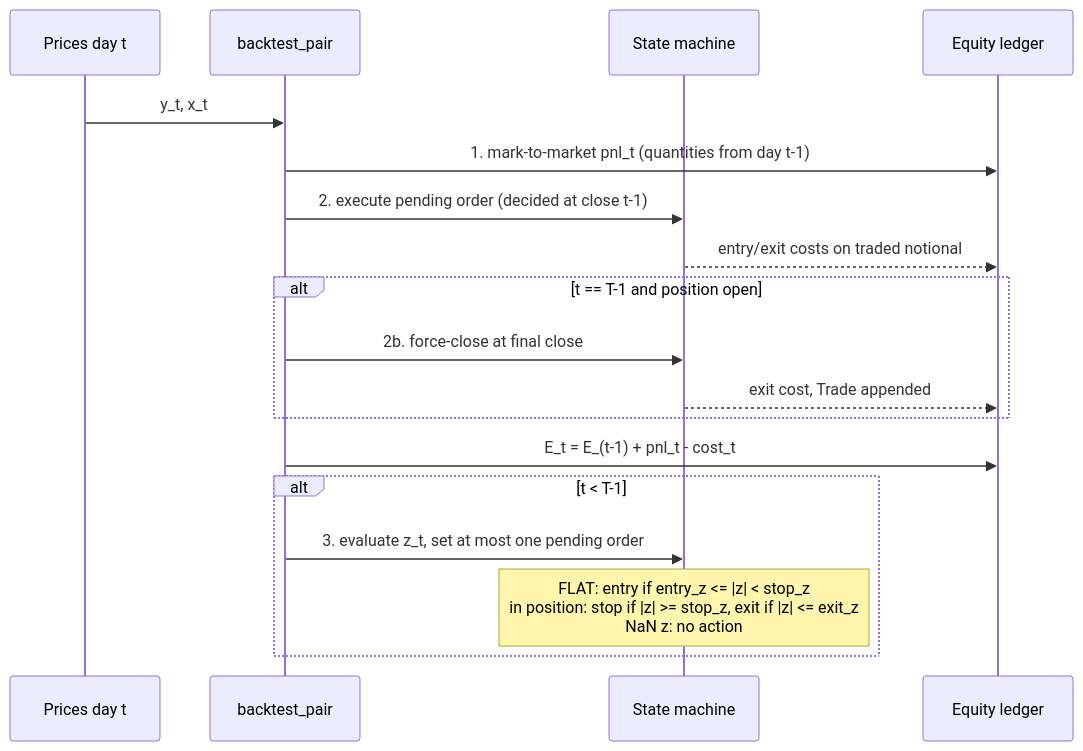
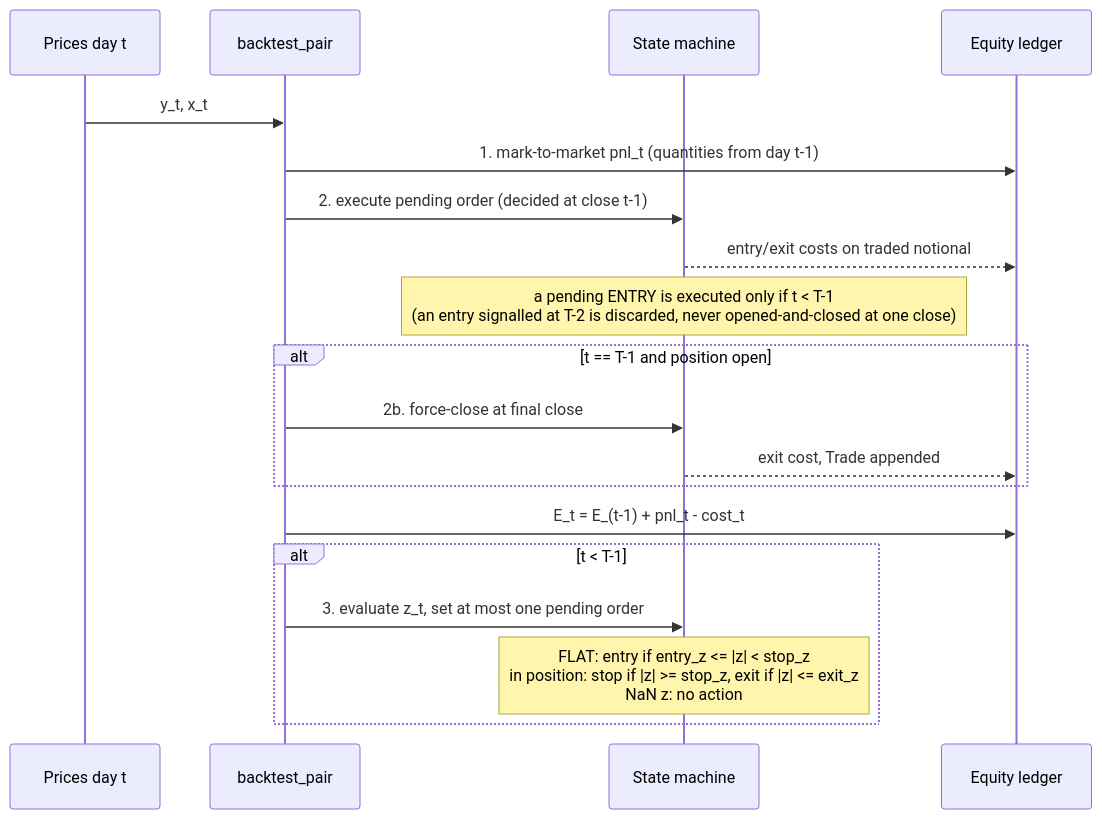
Before and after one commit to AshJha0/statistical-arbitrage: the diagram in docs/diagrams/backtest_day.mmd, drawn with Mermaid. The commit also changed 77 other files, not shown here.

```diff
--- a/docs/diagrams/backtest_day.mmd
+++ b/docs/diagrams/backtest_day.mmd
@@ -1,18 +1,19 @@
 sequenceDiagram
     participant P as Prices day t
     participant BT as backtest_pair
     participant SM as State machine
     participant EQ as Equity ledger
     P->>BT: y_t, x_t
     BT->>EQ: 1. mark-to-market pnl_t (quantities from day t-1)
     BT->>SM: 2. execute pending order (decided at close t-1)
     SM-->>EQ: entry/exit costs on traded notional
+    Note over SM: a pending ENTRY is executed only if t < T-1<br/>(an entry signalled at T-2 is discarded, never opened-and-closed at one close)
     alt t == T-1 and position open
         BT->>SM: 2b. force-close at final close
         SM-->>EQ: exit cost, Trade appended
     end
     BT->>EQ: E_t = E_(t-1) + pnl_t - cost_t
     alt t < T-1
         BT->>SM: 3. evaluate z_t, set at most one pending order
         Note over SM: FLAT: entry if entry_z <= |z| < stop_z<br/>in position: stop if |z| >= stop_z, exit if |z| <= exit_z<br/>NaN z: no action
     end
```
